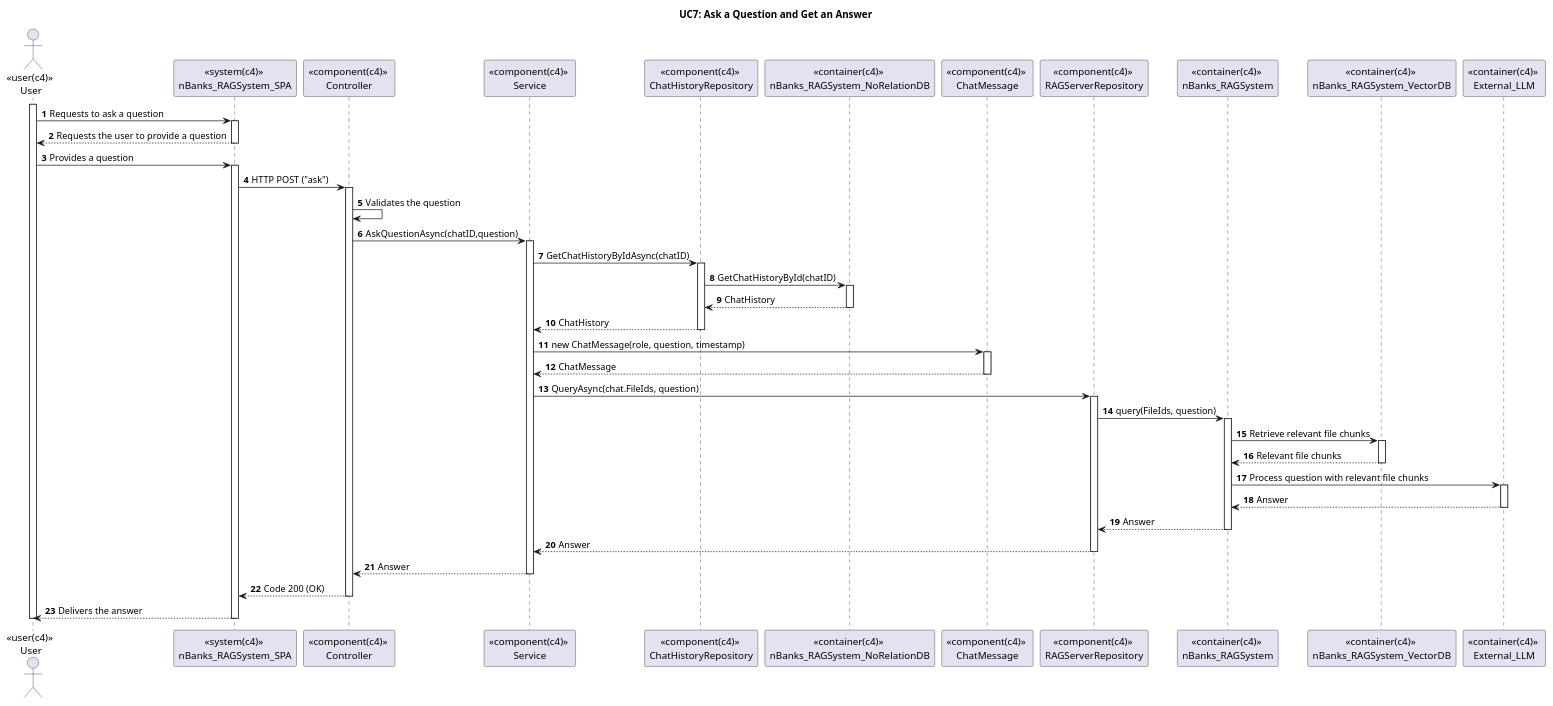
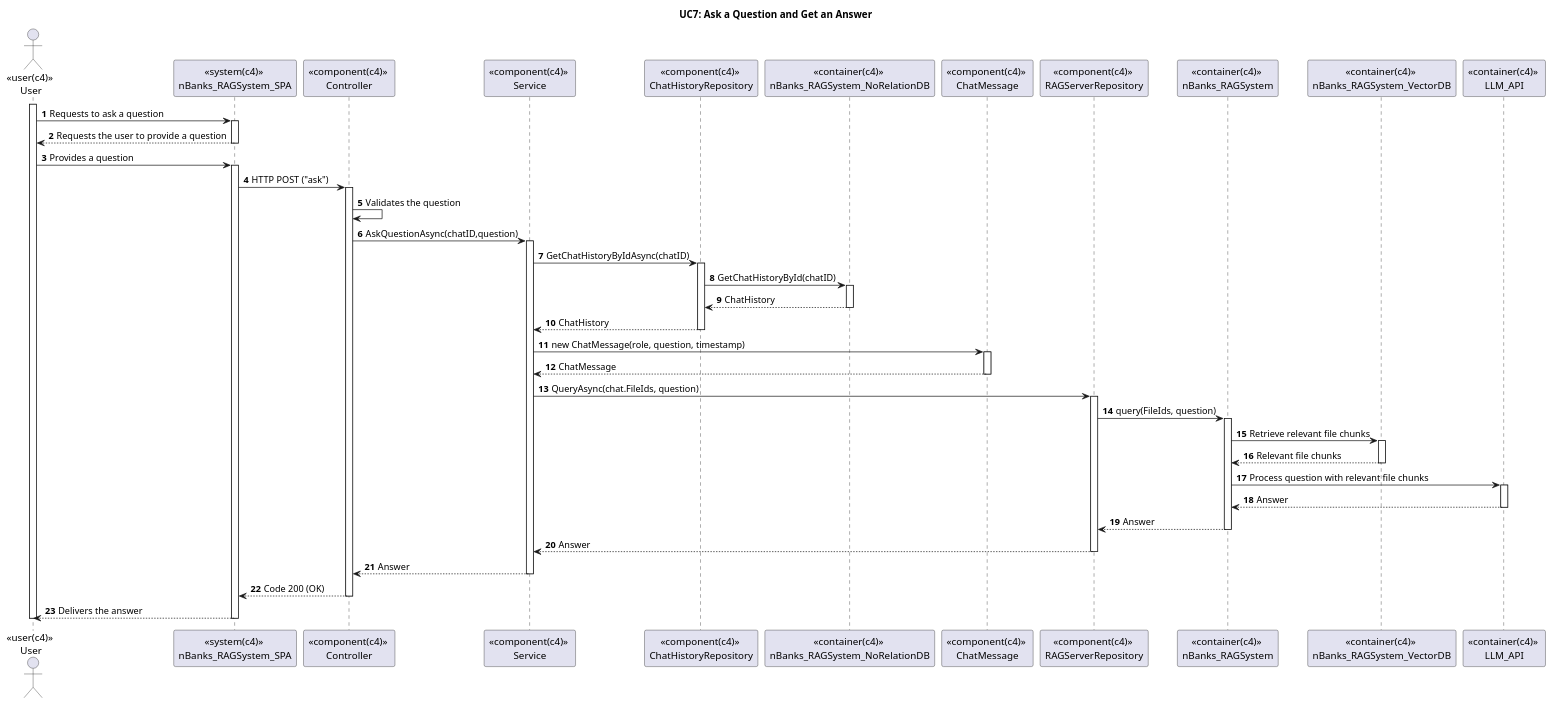
The diagram in UC7/Level3.puml (Ana6363/RAGSystem_Wiki), drawn with PlantUML before and after one commit. The commit also changed 3 other files, not shown here.

Commit message:
changes made to diagrams

```diff
--- a/UC7/Level3.puml
+++ b/UC7/Level3.puml
@@ -1,69 +1,69 @@
 @startuml
 
 title UC7: Ask a Question and Get an Answer
 
 
 autonumber
 
 actor "<<user(c4)>> \nUser" as user
 participant "<<system(c4)>> \nnBanks_RAGSystem_SPA" as sys
 participant "<<component(c4)>> \nController" as controller
 participant "<<component(c4)>> \nService" as service
 participant "<<component(c4)>> \nChatHistoryRepository" as repository
 participant "<<container(c4)>> \nnBanks_RAGSystem_NoRelationDB" as db1
 participant "<<component(c4)>> \nChatMessage" as message
 participant "<<component(c4)>> \nRAGServerRepository" as RAGrepository
 participant "<<container(c4)>> \nnBanks_RAGSystem" as ai
 participant "<<container(c4)>> \nnBanks_RAGSystem_VectorDB" as db2
-participant "<<container(c4)>> \nExternal_LLM" as llm
+participant "<<container(c4)>> \nLLM_API" as llm
 
 
 activate user
 user -> sys : Requests to ask a question
 activate sys
 sys --> user: Requests the user to provide a question
 deactivate sys
 user -> sys : Provides a question
 activate sys
 sys -> controller: HTTP POST ("ask")
 activate controller
 controller -> controller: Validates the question
 controller -> service: AskQuestionAsync(chatID,question)
 activate service
 service -> repository: GetChatHistoryByIdAsync(chatID)
 activate repository
 repository -> db1: GetChatHistoryById(chatID)
 activate db1
 db1 --> repository: ChatHistory
 deactivate db1
 repository --> service: ChatHistory
 deactivate repository
 service -> message: new ChatMessage(role, question, timestamp)
 activate message
 message --> service: ChatMessage
 deactivate message
 service -> RAGrepository: QueryAsync(chat.FileIds, question)
 activate RAGrepository
 RAGrepository -> ai: query(FileIds, question)
 activate ai
 ai -> db2: Retrieve relevant file chunks
 activate db2
 db2 --> ai: Relevant file chunks
 deactivate db2
 ai -> llm: Process question with relevant file chunks
 activate llm
 llm --> ai: Answer
 deactivate llm
 ai --> RAGrepository: Answer
 deactivate ai
 RAGrepository --> service: Answer
 deactivate RAGrepository
 service --> controller: Answer
 deactivate service
 controller --> sys: Code 200 (OK)
 deactivate controller
 sys --> user: Delivers the answer
 deactivate sys
 deactivate user
 
 @enduml
```
